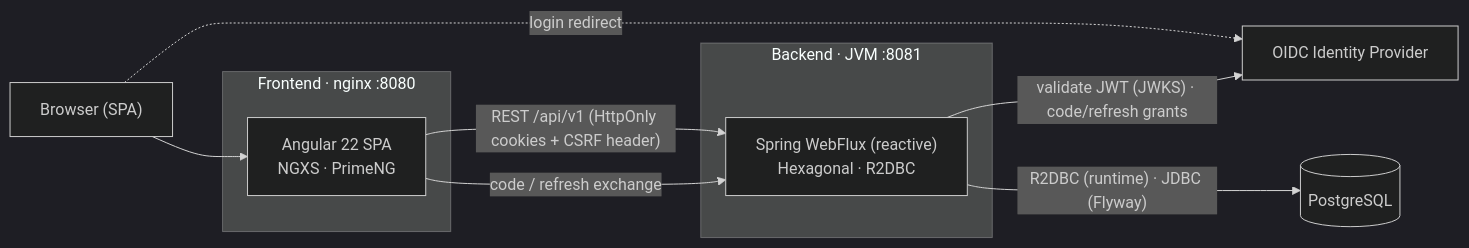
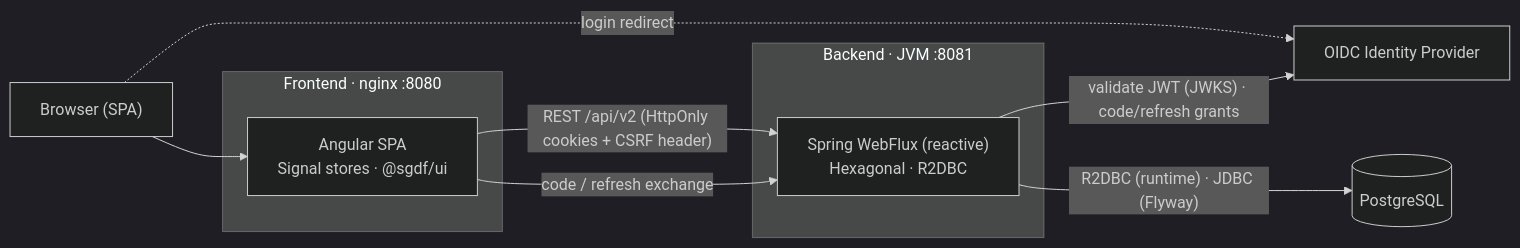
The diagram in documentation/registry/technical/index.md (laucoin/Documentations), drawn with Mermaid (dark theme) before and after one commit. The commit also changed other lines of this file and 52 other files, not shown here.

````diff
--- a/documentation/registry/technical/index.md
+++ b/documentation/registry/technical/index.md
@@ -9,19 +14,19 @@
 ```mermaid
 flowchart LR
     Browser["Browser (SPA)"]
     subgraph Frontend["Frontend · nginx :8080"]
-      SPA["Angular 22 SPA<br/>NGXS · PrimeNG"]
+      SPA["Angular SPA<br/>Signal stores · @sgdf/ui"]
     end
     subgraph Backend["Backend · JVM :8081"]
       API["Spring WebFlux (reactive)<br/>Hexagonal · R2DBC"]
     end
     IdP["OIDC Identity Provider"]
     DB[("PostgreSQL")]
 
     Browser --> SPA
-    SPA -- "REST /api/v1 (HttpOnly cookies + CSRF header)" --> API
+    SPA -- "REST /api/v2 (HttpOnly cookies + CSRF header)" --> API
     Browser -. "login redirect" .-> IdP
     SPA -- "code / refresh exchange" --> API
     API -- "validate JWT (JWKS) · code/refresh grants" --> IdP
     API -- "R2DBC (runtime) · JDBC (Flyway)" --> DB
 ```
````
